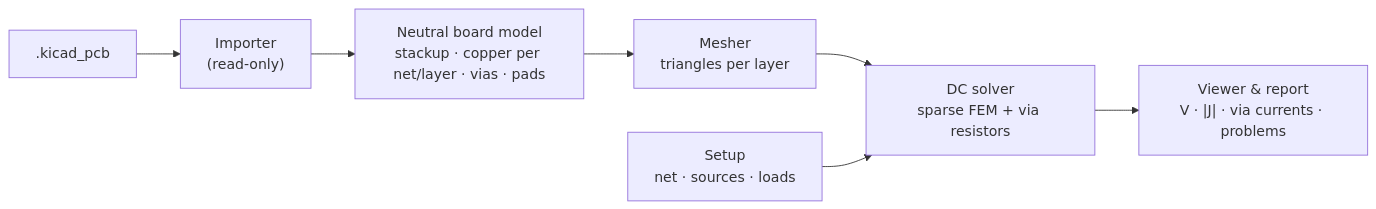
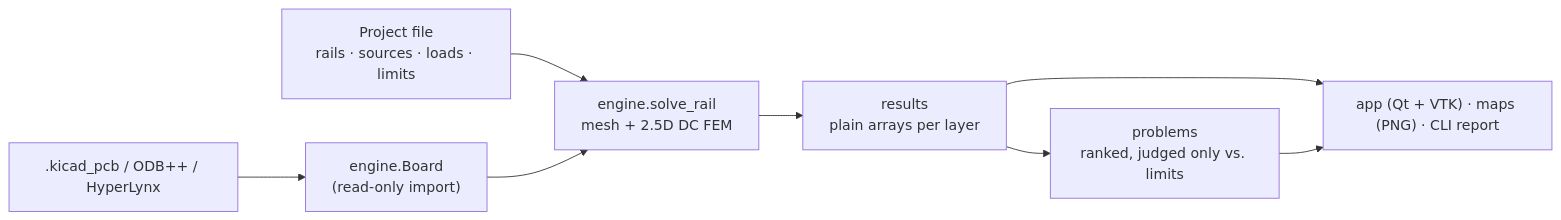
Before and after one commit to RaffaeleBiondi/Coppernicus: the diagram in README.md, drawn with Mermaid. The commit also changed other lines of this file and 10 other files, not shown here.

````diff
--- a/README.md
+++ b/README.md
@@ -78,9 +118,10 @@
 ```mermaid
 flowchart LR
-    A[".kicad_pcb"] --> B["Importer<br/>(read-only)"]
-    B --> C["Neutral board model<br/>stackup · copper per net/layer · vias · pads"]
-    C --> D["Mesher<br/>triangles per layer"]
-    D --> E["DC solver<br/>sparse FEM + via resistors"]
-    E --> F["Viewer & report<br/>V · |J| · via currents · problems"]
-    G["Setup<br/>net · sources · loads"] --> E
+    A[".kicad_pcb / ODB++ / HyperLynx"] --> B["engine.Board<br/>(read-only import)"]
+    P["Project file<br/>rails · sources · loads · limits"] --> S
+    B --> S["engine.solve_rail<br/>mesh + 2.5D DC FEM"]
+    S --> R["results<br/>plain arrays per layer"]
+    R --> Q["problems<br/>ranked, judged only vs. limits"]
+    R --> V["app (Qt + VTK) · maps (PNG) · CLI report"]
+    Q --> V
 ```
````
